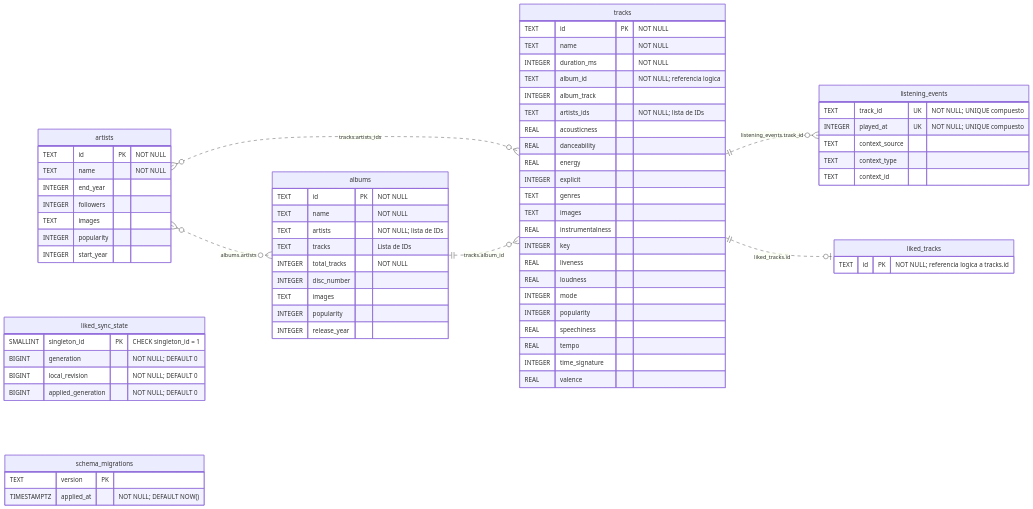
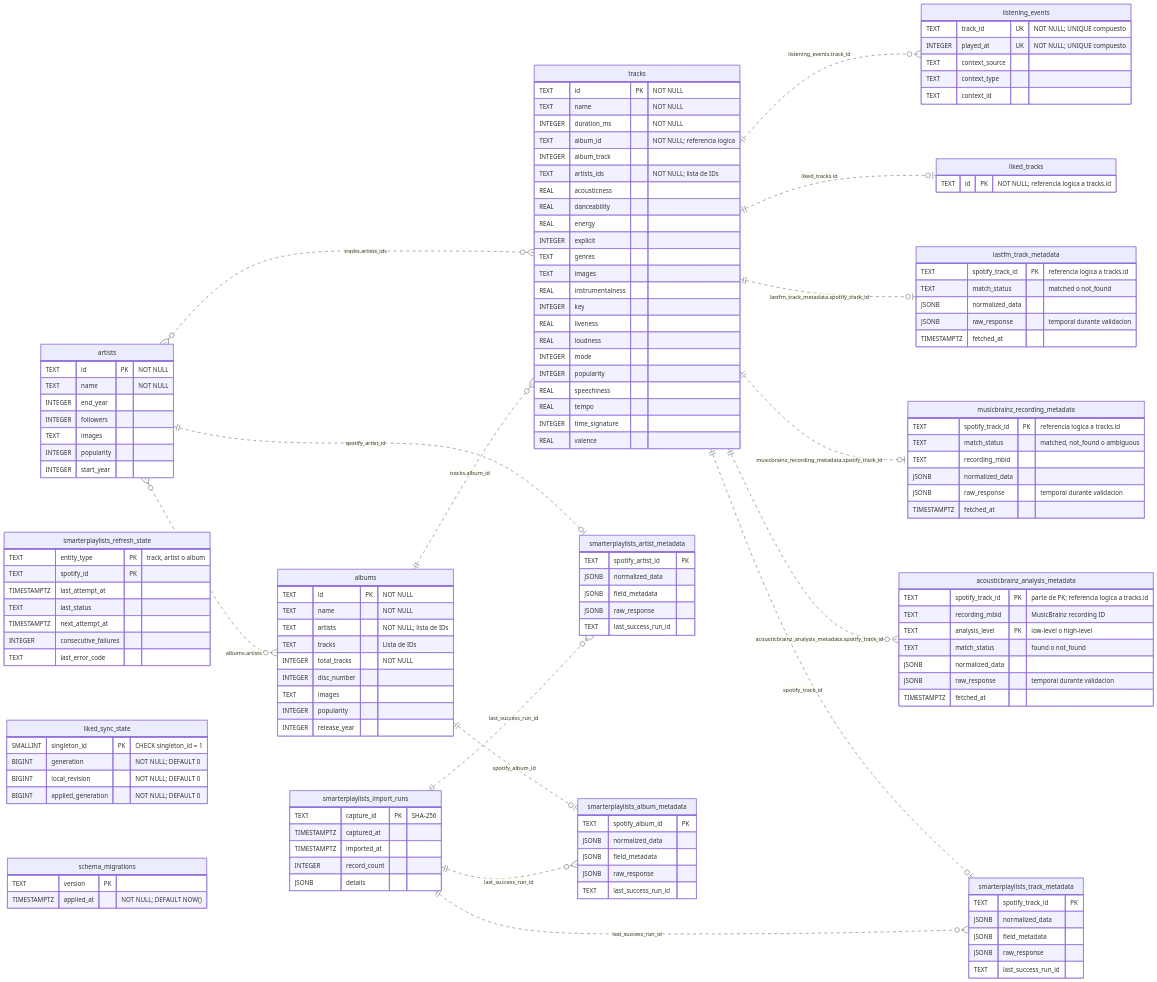
Before and after one commit to luiscaballeroramos/spoty: the diagram in DATABASE_SCHEMA.md, drawn with Mermaid. The commit also changed other lines of this file and 93 other files, not shown here.

````diff
--- a/DATABASE_SCHEMA.md
+++ b/DATABASE_SCHEMA.md
@@ -62,12 +62,81 @@
         REAL valence
     }
 
+      lastfm_track_metadata {
+        TEXT spotify_track_id PK "referencia logica a tracks.id"
+        TEXT match_status "matched o not_found"
+        JSONB normalized_data
+        JSONB raw_response "temporal durante validacion"
+        TIMESTAMPTZ fetched_at
+      }
+
+      musicbrainz_recording_metadata {
+        TEXT spotify_track_id PK "referencia logica a tracks.id"
+        TEXT match_status "matched, not_found o ambiguous"
+        TEXT recording_mbid
+        JSONB normalized_data
+        JSONB raw_response "temporal durante validacion"
+        TIMESTAMPTZ fetched_at
+      }
+
+      acousticbrainz_analysis_metadata {
+        TEXT spotify_track_id PK "parte de PK; referencia logica a tracks.id"
+        TEXT recording_mbid "MusicBrainz recording ID"
+        TEXT analysis_level PK "low-level o high-level"
+        TEXT match_status "found o not_found"
+        JSONB normalized_data
+        JSONB raw_response "temporal durante validacion"
+        TIMESTAMPTZ fetched_at
+      }
+
     listening_events {
         TEXT track_id UK "NOT NULL; UNIQUE compuesto"
         INTEGER played_at UK "NOT NULL; UNIQUE compuesto"
         TEXT context_source
         TEXT context_type
         TEXT context_id
+    }
+
+    smarterplaylists_import_runs {
+      TEXT capture_id PK "SHA-256"
+      TIMESTAMPTZ captured_at
+      TIMESTAMPTZ imported_at
+      INTEGER record_count
+      JSONB details
+    }
+
+    smarterplaylists_refresh_state {
+      TEXT entity_type PK "track, artist o album"
+      TEXT spotify_id PK
+      TIMESTAMPTZ last_attempt_at
+      TEXT last_status
+      TIMESTAMPTZ next_attempt_at
+      INTEGER consecutive_failures
+      TEXT last_error_code
+    }
+
+    smarterplaylists_track_metadata {
+      TEXT spotify_track_id PK
+      JSONB normalized_data
+      JSONB field_metadata
+      JSONB raw_response
+      TEXT last_success_run_id
+    }
+
+    smarterplaylists_artist_metadata {
+      TEXT spotify_artist_id PK
+      JSONB normalized_data
+      JSONB field_metadata
+      JSONB raw_response
+      TEXT last_success_run_id
+    }
+
+    smarterplaylists_album_metadata {
+      TEXT spotify_album_id PK
+      JSONB normalized_data
+      JSONB field_metadata
+      JSONB raw_response
+      TEXT last_success_run_id
     }
 
     liked_tracks {
@@ -91,4 +160,13 @@
     albums ||..o{ tracks : "tracks.album_id"
     tracks ||..o{ listening_events : "listening_events.track_id"
     tracks ||..o| liked_tracks : "liked_tracks.id"
+    tracks ||..o| lastfm_track_metadata : "lastfm_track_metadata.spotify_track_id"
+    tracks ||..o| musicbrainz_recording_metadata : "musicbrainz_recording_metadata.spotify_track_id"
+    tracks ||..o{ acousticbrainz_analysis_metadata : "acousticbrainz_analysis_metadata.spotify_track_id"
+    tracks ||..o| smarterplaylists_track_metadata : "spotify_track_id"
+    artists ||..o| smarterplaylists_artist_metadata : "spotify_artist_id"
+    albums ||..o| smarterplaylists_album_metadata : "spotify_album_id"
+    smarterplaylists_import_runs ||..o{ smarterplaylists_track_metadata : "last_success_run_id"
+    smarterplaylists_import_runs ||..o{ smarterplaylists_artist_metadata : "last_success_run_id"
+    smarterplaylists_import_runs ||..o{ smarterplaylists_album_metadata : "last_success_run_id"
 ```
````
